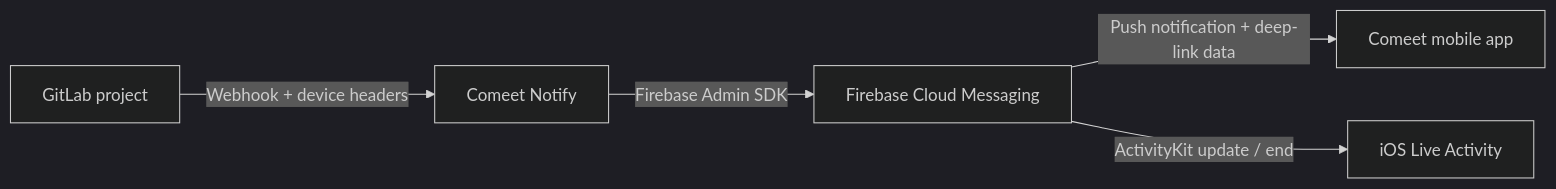
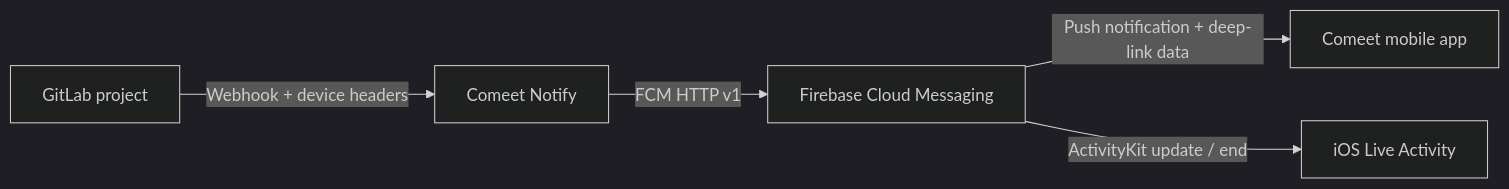
Before and after one commit to monokaijs/comeet-notify: the diagram in README.md, drawn with Mermaid (dark theme). The commit also changed other lines of this file and 47 other files, not shown here.

````diff
--- a/README.md
+++ b/README.md
@@ -8,7 +8,7 @@
 ```mermaid
 flowchart LR
     GitLab["GitLab project"] -->|"Webhook + device headers"| Relay["Comeet Notify"]
-    Relay -->|"Firebase Admin SDK"| FCM["Firebase Cloud Messaging"]
+    Relay -->|"FCM HTTP v1"| FCM["Firebase Cloud Messaging"]
     FCM -->|"Push notification + deep-link data"| App["Comeet mobile app"]
     FCM -->|"ActivityKit update / end"| Activity["iOS Live Activity"]
 ```
````
